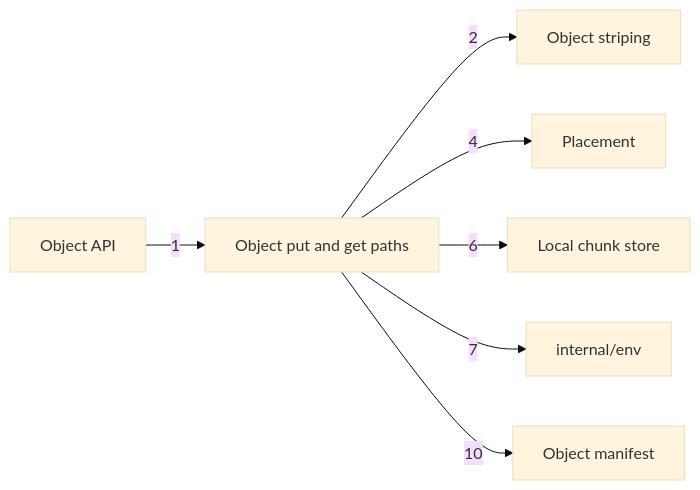
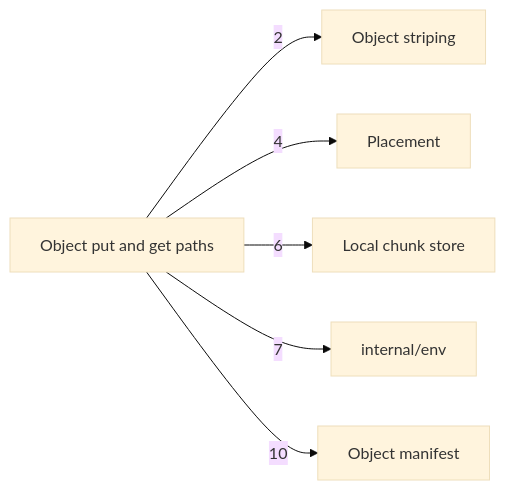
One commit to nickstrad/decentralized-object-store changed the diagram in docs/c4/diagrams/09-component-storage-a.mmd. Above: the diagram before and after it, drawn with Mermaid (base theme). The commit also changed 28 other files, not shown here.

Commit message:
c4: redraw the diagrams as built: a node core that implements every package's interfaces, a node runtime, the object API over one service interface

```diff
--- a/docs/c4/diagrams/09-component-storage-a.mmd
+++ b/docs/c4/diagrams/09-component-storage-a.mmd
@@ -1,8 +1,7 @@
 %% draw-visual: -x 4 -y 1 -p 0
 graph LR
-  API[Object API] -->|1| PATHS[Object put and get paths]
-  PATHS -->|2| STRIPE[Object striping]
+  PATHS[Object put and get paths] -->|2| STRIPE[Object striping]
   PATHS -->|4| PLACE[Placement]
   PATHS -->|6| CHUNK[Local chunk store]
   PATHS -->|7| ENV[internal/env]
   PATHS -->|10| MANIFEST[Object manifest]
```
